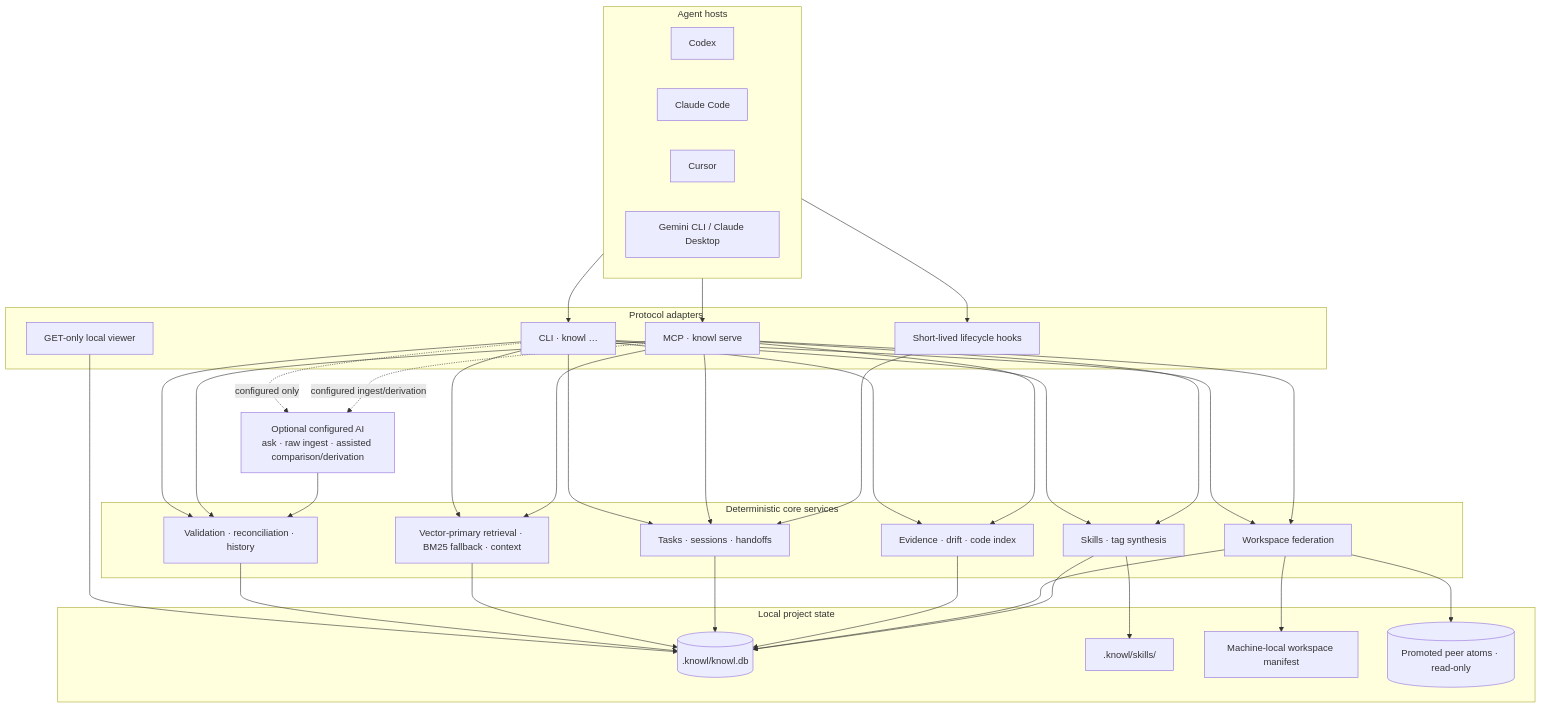
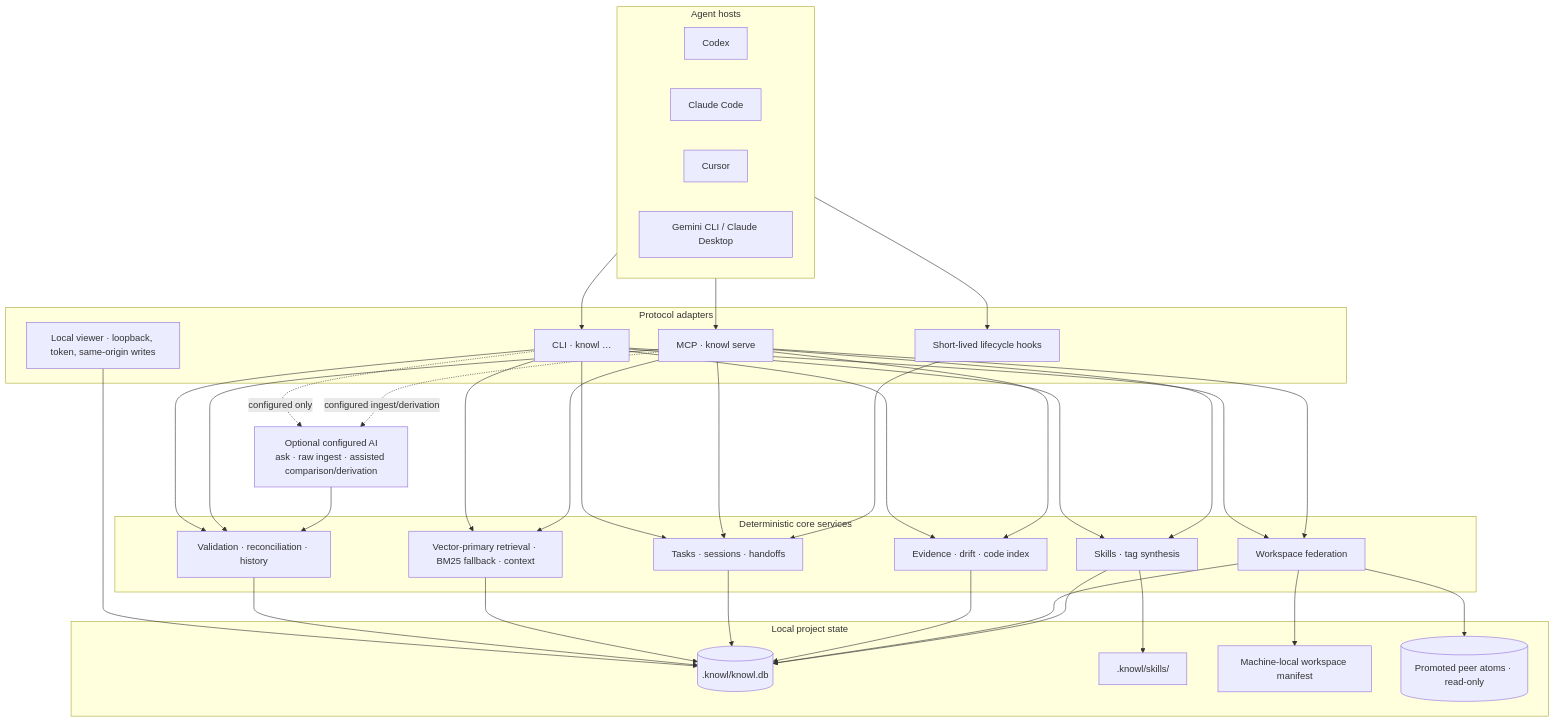
One commit to dat999zx/knowl changed the diagram in docs/reference.md. Above: the diagram before and after it, drawn with Mermaid. The commit also changed other lines of this file and 3 other files, not shown here.

````diff
--- a/docs/reference.md
+++ b/docs/reference.md
@@ -1373,64 +1429,64 @@
 ```mermaid
 flowchart TB
     subgraph hosts["Agent hosts"]
         H1["Codex"]
         H2["Claude Code"]
         H3["Cursor"]
         H4["Gemini CLI / Claude Desktop"]
     end
 
     subgraph adapters["Protocol adapters"]
         CLI["CLI · knowl …"]
         MCP["MCP · knowl serve"]
         HOOK["Short-lived lifecycle hooks"]
-        VIEW["GET-only local viewer"]
+        VIEW["Local viewer · loopback, token, same-origin writes"]
     end
 
     subgraph core["Deterministic core services"]
         GOV["Validation · reconciliation · history"]
         RET["Vector-primary retrieval · BM25 fallback · context"]
         LIFE["Tasks · sessions · handoffs"]
         EVID["Evidence · drift · code index"]
         WS["Workspace federation"]
         SYN["Skills · tag synthesis"]
     end
 
     subgraph local["Local project state"]
         DB[(" .knowl/knowl.db ")]
         SK[".knowl/skills/"]
         MAN["Machine-local workspace manifest"]
         PEER[("Promoted peer atoms · read-only")]
     end
 
     AI["Optional configured AI<br/>ask · raw ingest · assisted comparison/derivation"]
 
     hosts --> CLI
     hosts --> MCP
     hosts --> HOOK
     CLI --> GOV
     CLI --> RET
     CLI --> LIFE
     CLI --> EVID
     CLI --> WS
     CLI --> SYN
     MCP --> GOV
     MCP --> RET
     MCP --> LIFE
     MCP --> EVID
     MCP --> WS
     MCP --> SYN
     HOOK --> LIFE
     VIEW --> DB
     GOV --> DB
     RET --> DB
     LIFE --> DB
     EVID --> DB
     WS --> DB
     SYN --> DB
     SYN --> SK
     WS --> MAN
     WS --> PEER
     CLI -. configured only .-> AI
     MCP -. configured ingest/derivation .-> AI
     AI --> GOV
 ```
````
